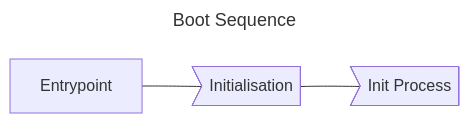
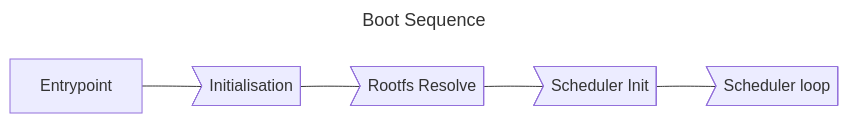
One commit to cornusandu-org/SilentUOS changed the first of 2 diagrams in README.md. Above: the diagram before and after it, drawn with Mermaid. The commit also changed 1128 other files, not shown here.

````diff
--- a/README.md
+++ b/README.md
@@ -5,8 +5,10 @@
 ```mermaid
 ---
 title: Boot Sequence
 ---
 flowchart LR;
     Entrypoint --- id1>Initialisation]
-    --- id2>Init Process];
+        --- id2>Rootfs Resolve]
+        --- id3>Scheduler Init]
+        --- id4>Scheduler loop]
 ```
````
